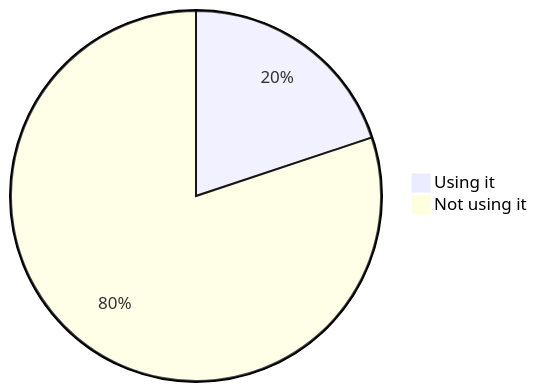
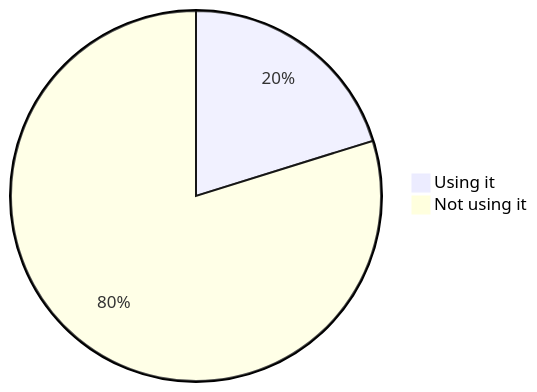
Before and after one commit to oshp/oshp-stats: diagram 16 of 22 in stats.md, drawn with Mermaid. The commit also changed other lines of this file, not shown here.

````diff
--- a/stats.md
+++ b/stats.md
@@ -190,6 +190,6 @@
 ```mermaid
 pie
-	"Using it" : 19.89
-	"Not using it" : 80.11
+	"Using it" : 20.19
+	"Not using it" : 79.81
 
 ```
````
